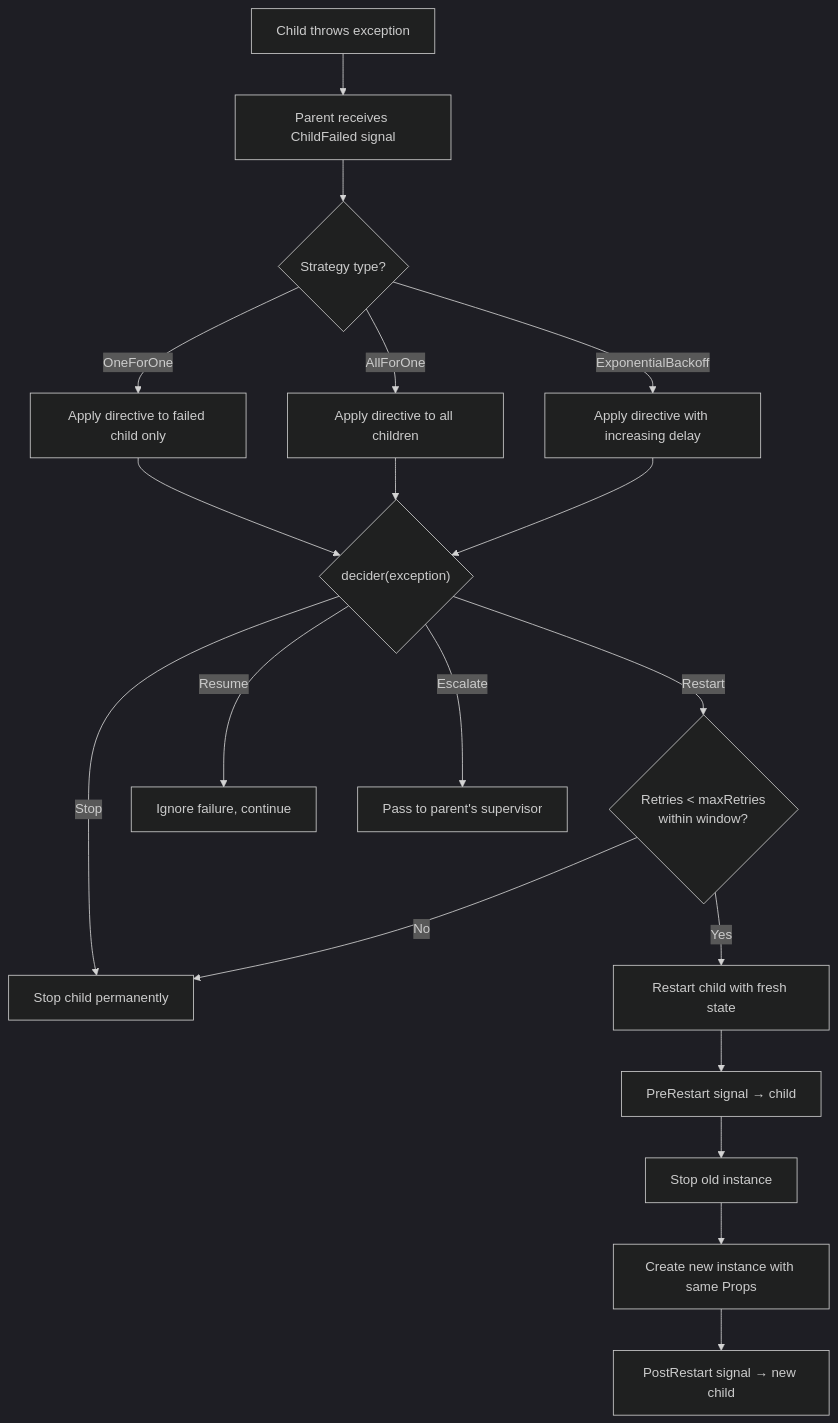
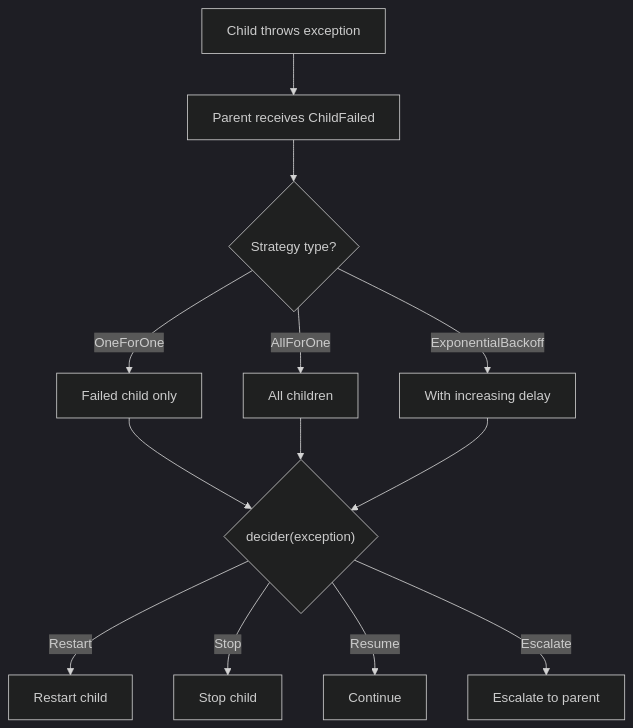
The first of 2 diagrams in website/docs/core-concepts/supervision.md (nexus-actors/nexus), drawn with Mermaid (dark theme) before and after one commit. The commit also changed other lines of this file and 19 other files, not shown here.

First line of the commit message:
refactor: simplify diagrams, remove benchmark viz, use Swoole 6.2.0-rc1

````diff
--- a/website/docs/core-concepts/supervision.md
+++ b/website/docs/core-concepts/supervision.md
@@ -17,26 +17,18 @@
 ```mermaid
 flowchart TD
-    A["Child throws exception"] --> B["Parent receives ChildFailed signal"]
+    A["Child throws exception"] --> B["Parent receives ChildFailed"]
     B --> C{"Strategy type?"}
 
-    C -->|OneForOne| D["Apply directive to failed child only"]
-    C -->|AllForOne| E["Apply directive to all children"]
-    C -->|ExponentialBackoff| F["Apply directive with increasing delay"]
+    C -->|OneForOne| D["Failed child only"]
+    C -->|AllForOne| E["All children"]
+    C -->|ExponentialBackoff| F["With increasing delay"]
 
     D --> G{"decider(exception)"}
     E --> G
     F --> G
 
-    G -->|Restart| H{"Retries < maxRetries<br/>within window?"}
-    G -->|Stop| I["Stop child permanently"]
-    G -->|Resume| J["Ignore failure, continue"]
-    G -->|Escalate| K["Pass to parent's supervisor"]
-
-    H -->|Yes| L["Restart child with fresh state"]
-    H -->|No| I
-
-    L --> M["PreRestart signal → child"]
-    M --> N["Stop old instance"]
-    N --> O["Create new instance with same Props"]
-    O --> P["PostRestart signal → new child"]
+    G -->|Restart| H["Restart child"]
+    G -->|Stop| I["Stop child"]
+    G -->|Resume| J["Continue"]
+    G -->|Escalate| K["Escalate to parent"]
 ```
````
